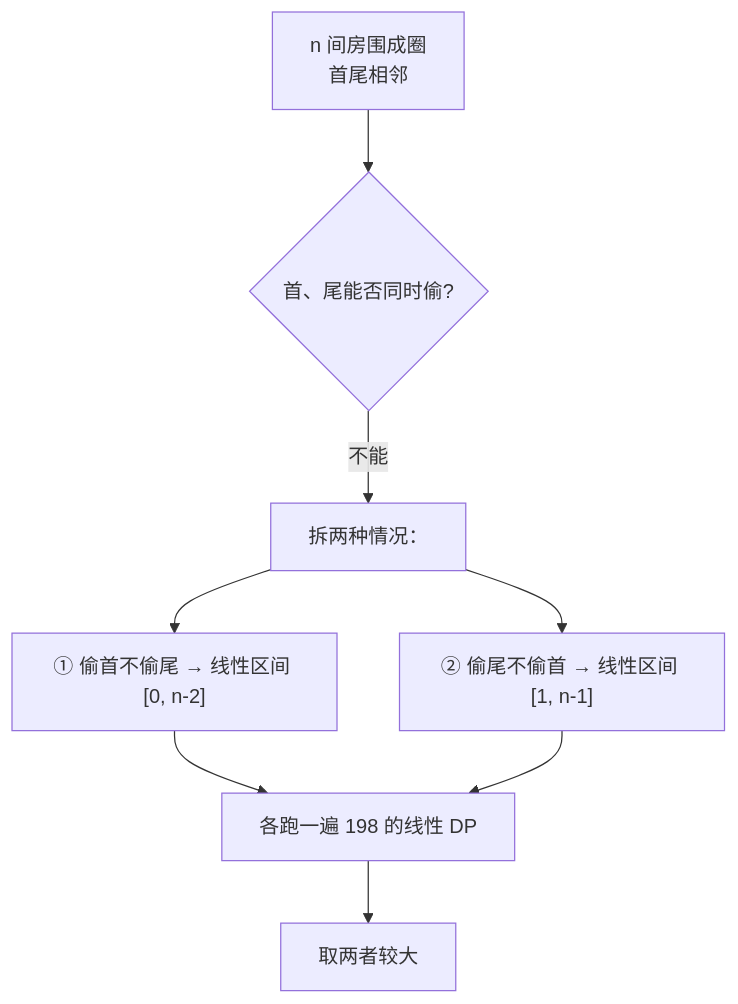
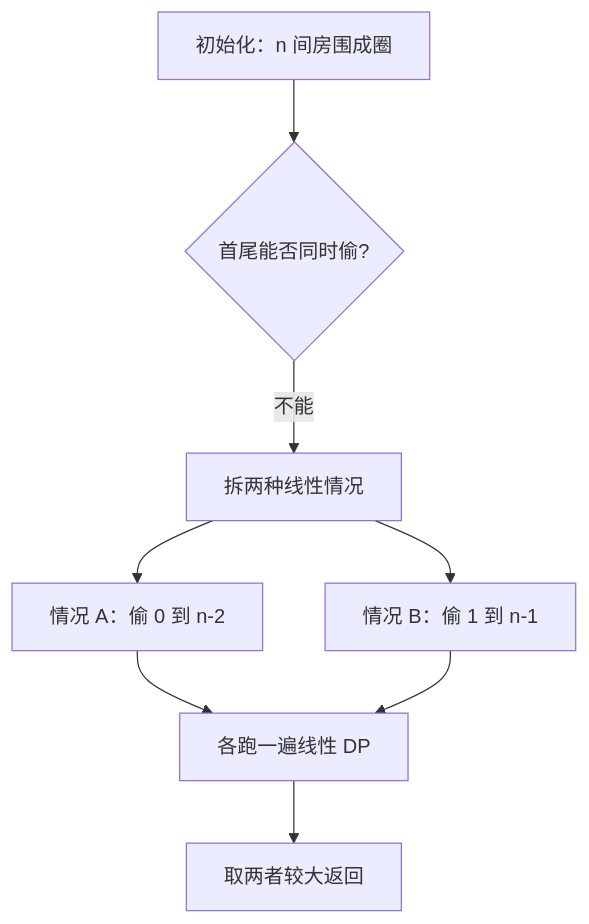
One commit to OctalZero/hot100-py changed the first of 2 diagrams in 19-大厂加餐/腾讯加餐/0213-打家劫舍II.md. Above: the diagram before and after it, drawn with Mermaid. The commit also changed other lines of this file and 117 other files, not shown here.

First line of the commit message:
feat: 全题解配图升级为「动画式 mermaid」（总览骨架 + 横向时间线逐步推演）

````diff
--- a/19-大厂加餐/腾讯加餐/0213-打家劫舍II.md
+++ b/19-大厂加餐/腾讯加餐/0213-打家劫舍II.md
@@ -30,10 +30,10 @@
 ```mermaid
 flowchart TD
-    A["n 间房围成圈<br/>首尾相邻"] --> B{"首、尾能否同时偷?"}
-    B -- "不能" --> C["拆两种情况："]
-    C --> D["① 偷首不偷尾 → 线性区间 [0, n-2]"]
-    C --> E["② 偷尾不偷首 → 线性区间 [1, n-1]"]
-    D --> F["各跑一遍 198 的线性 DP"]
+    A["初始化：n 间房围成圈"] --> B{"首尾能否同时偷?"}
+    B -->|"不能"| C["拆两种线性情况"]
+    C --> D["情况 A：偷 0 到 n-2"]
+    C --> E["情况 B：偷 1 到 n-1"]
+    D --> F["各跑一遍线性 DP"]
     E --> F
-    F --> G["取两者较大"]
+    F --> G["取两者较大返回"]
 ```
````
